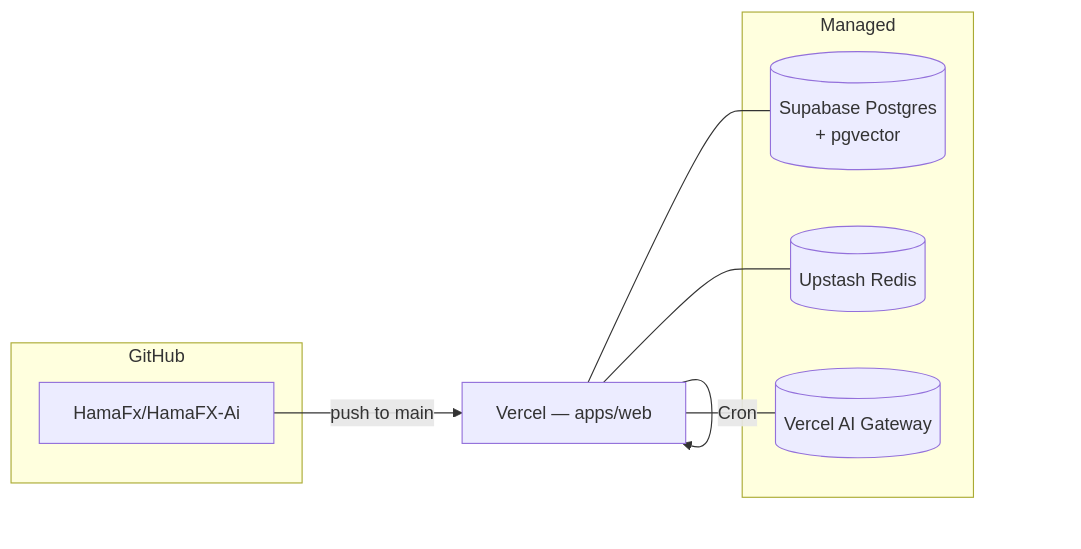
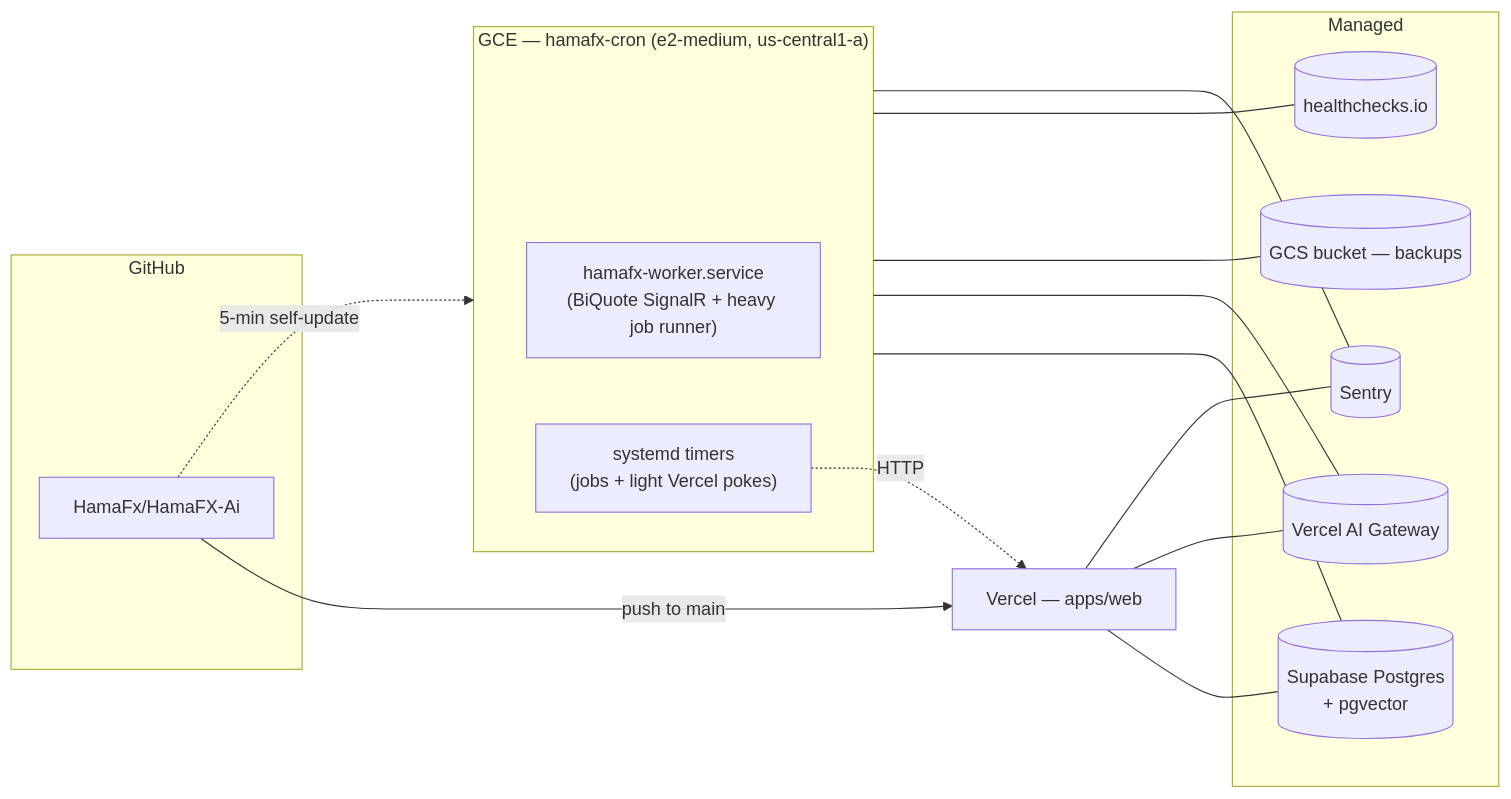
One commit to HamaFx/Kestrel changed the diagram in docs/09-deployment.md. Above: the diagram before and after it, drawn with Mermaid. The commit also changed other lines of this file and 16 other files, not shown here.

````diff
--- a/docs/09-deployment.md
+++ b/docs/09-deployment.md
@@ -7,19 +7,32 @@
 ```mermaid
 flowchart LR
     subgraph GH[GitHub]
         REPO[HamaFx/HamaFX-Ai]
     end
 
     REPO -->|push to main| VC[Vercel — apps/web]
+    REPO -.5-min self-update.-> VM
+
+    subgraph VM["GCE — hamafx-cron (e2-medium, us-central1-a)"]
+        Worker["hamafx-worker.service<br/>(BiQuote SignalR + heavy job runner)"]
+        Timers["systemd timers<br/>(jobs + light Vercel pokes)"]
+    end
 
     subgraph Managed
         SB[(Supabase Postgres<br/>+ pgvector)]
-        UP[(Upstash Redis)]
         GW[(Vercel AI Gateway)]
+        GCS[(GCS bucket — backups)]
+        HC[(healthchecks.io)]
+        Sentry[(Sentry)]
     end
 
     VC --- SB
-    VC --- UP
     VC --- GW
-    VC -->|Cron| VC
+    VC --- Sentry
+    VM --- SB
+    VM --- GW
+    VM --- GCS
+    VM --- HC
+    VM --- Sentry
+    Timers -.HTTP.-> VC
 ```
````
